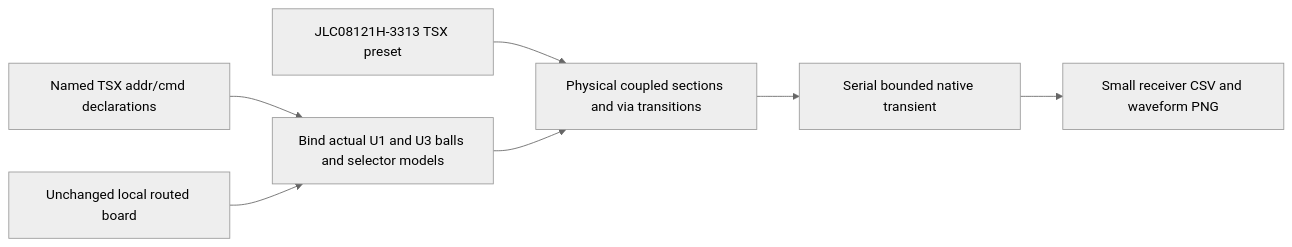
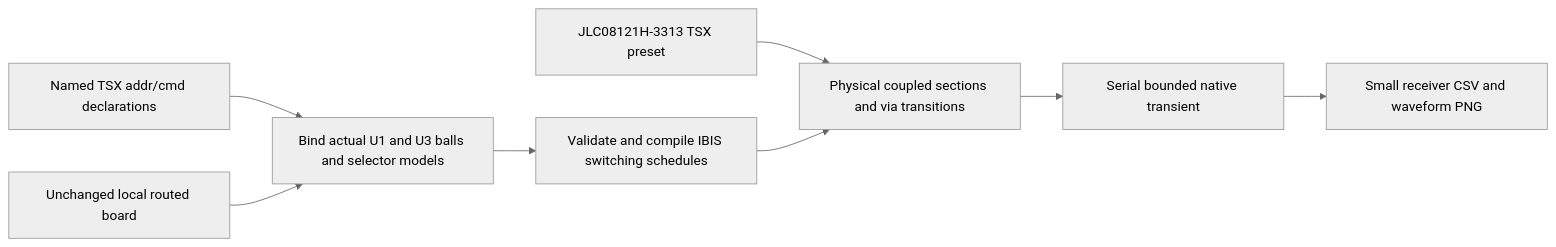
Before and after one commit to tscircuit/pcb-spice-pipeline: the diagram in docs/addr-cmd-before.md, drawn with Mermaid (neutral theme). The commit also changed other lines of this file and 4 other files, not shown here.

````diff
--- a/docs/addr-cmd-before.md
+++ b/docs/addr-cmd-before.md
@@ -90,9 +101,10 @@
 ```mermaid
 flowchart LR
   tsx[Named TSX addr/cmd declarations] --> pins[Bind actual U1 and U3 balls and selector models]
   board[Unchanged local routed board] --> pins
   preset[JLC08121H-3313 TSX preset] --> routes[Physical coupled sections and via transitions]
-  pins --> routes
+  pins --> buffers[Validate and compile IBIS switching schedules]
+  buffers --> routes
   routes --> spice[Serial bounded native transient]
   spice --> capture[Small receiver CSV and waveform PNG]
 ```
````
